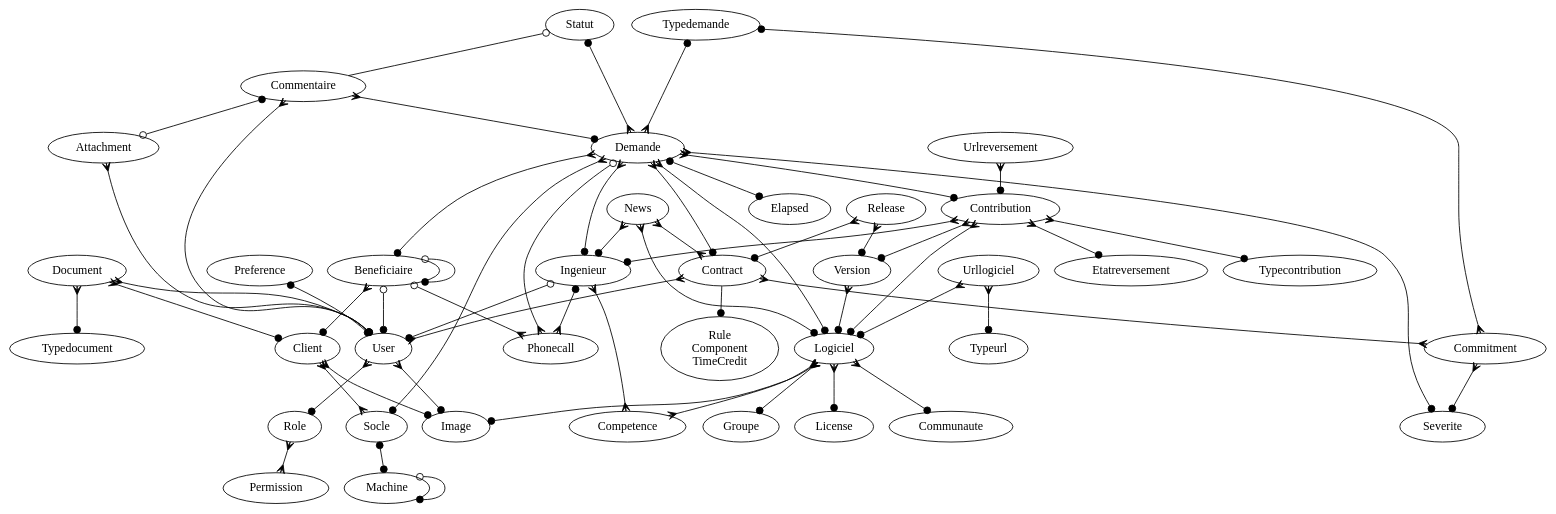
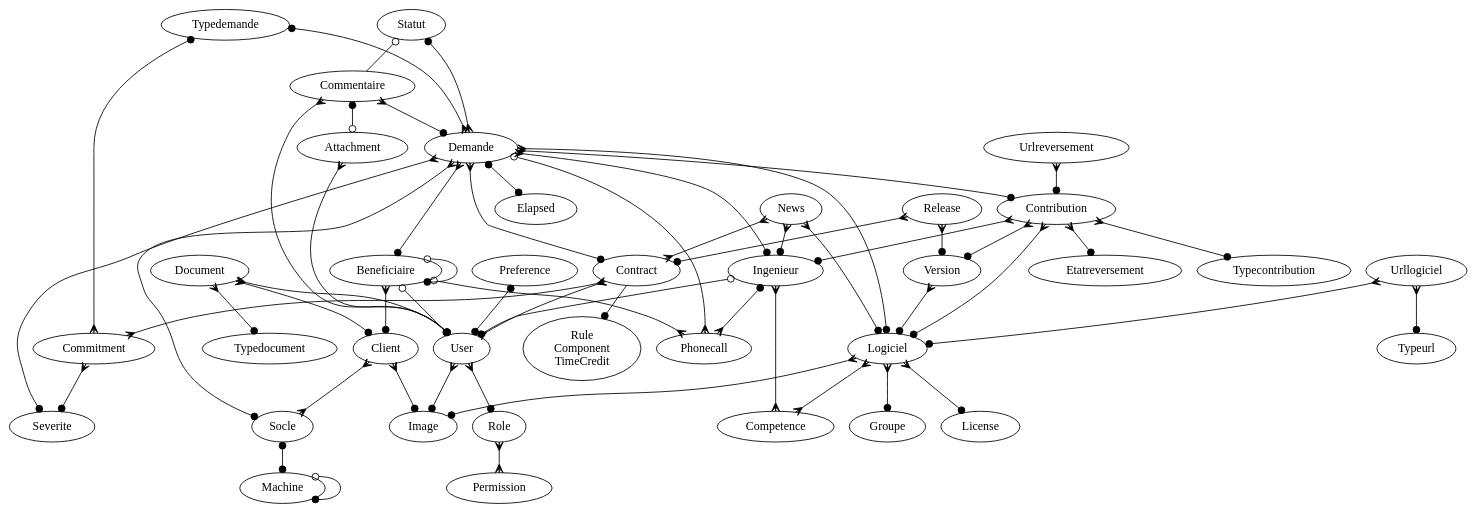
Before and after one commit to trivoallan/tosca: the diagram in doc/data_model.dot, drawn with Graphviz. The commit also changed 16 other files, not shown here.

```diff
--- a/doc/data_model.dot
+++ b/doc/data_model.dot
@@ -1,81 +1,80 @@
 digraph x {
 
 //rotate=90;
 {rank=min; Statut Typedemande Statut }
 
 Rule [label="Rule\nComponent\nTimeCredit"]
 
 Beneficiaire -> User [arrowhead=dot,arrowtail=odot,dir=both]
 Beneficiaire -> Phonecall [arrowhead=crow,arrowtail=odot,dir=both]
 Beneficiaire -> Client [arrowhead=dot,dir=both,arrowtail=crow]
 Beneficiaire -> Beneficiaire [arrowhead=dot,arrowtail=odot,dir=both]
 
 Client -> Image [arrowhead=dot,dir=both,arrowtail=crow]
 Client -> Socle [arrowhead=crow,dir=both,arrowtail=crow]
 
 Commentaire -> Demande [arrowhead=dot,dir=both,arrowtail=crow]
 Commentaire -> User [arrowhead=dot,dir=both,arrowtail=crow]
 Commentaire -> Attachment [arrowhead=odot,dir=both,arrowtail=dot]
 Commentaire -> Statut [arrowhead=odot]
 
 Contract -> User [arrowhead=crow,dir=both,arrowtail=crow]
 Contract -> Commitment [arrowhead=crow,arrowtail=crow,dir=both]
 Contract -> Rule [arrowhead=dot,arrowtail=crow]
 
 User -> Image [arrowhead=dot,dir=both,arrowtail=crow]
 User -> Role [arrowhead=dot,arrowtail=crow,dir=both]
 Ingenieur -> Competence [arrowhead=crow,arrowtail=crow,dir=both]
 Ingenieur -> User [arrowhead=dot,arrowtail=odot,dir=both]
 Ingenieur -> Phonecall [arrowhead=crow,dir=both,arrowtail=dot]
 
 News -> Ingenieur [arrowhead=dot,dir=both,arrowtail=crow]
 News -> Contract [arrowhead=crow,dir=both,arrowtail=crow]
 News -> Logiciel [arrowhead=dot,dir=both,arrowtail=crow]
 
 Demande -> Typedemande [arrowhead=dot,dir=both,arrowtail=crow]
 Demande -> Elapsed [arrowhead=dot,dir=both,arrowtail=dot]
 Demande -> Logiciel [arrowhead=dot,dir=both,arrowtail=crow]
 Demande -> Severite [arrowhead=dot,dir=both,arrowtail=crow]
 Demande -> Beneficiaire [arrowhead=dot,dir=both,arrowtail=crow]
 Demande -> Socle [arrowhead=dot,dir=both,arrowtail=crow]
 Demande -> Contribution [arrowhead=dot,dir=both,arrowtail=crow]
 Demande -> Contract [arrowhead=dot,dir=both,arrowtail=crow]
 Demande -> Statut [arrowhead=dot,dir=both,arrowtail=crow]
 Demande -> Ingenieur [arrowhead=dot,dir=both,arrowtail=crow]
 Demande -> Phonecall [arrowhead=crow,arrowtail=odot,dir=both]
 
 Logiciel -> Competence [arrowhead=crow,arrowtail=crow,dir=both]
 Logiciel -> License [arrowhead=dot,dir=both,arrowtail=crow]
-Logiciel -> Communaute [arrowhead=dot,dir=both,arrowtail=crow]
 Logiciel -> Groupe [arrowhead=dot,dir=both,arrowtail=crow]
 Logiciel -> Image [arrowhead=dot,dir=both,arrowtail=crow]
 
 
 Version -> Logiciel [arrowhead=dot,dir=both,arrowtail=crow]
 
 Release -> Contract [arrowhead=dot,dir=both,arrowtail=crow]
 Release -> Version [arrowhead=dot,dir=both,arrowtail=crow]
 
 
 Preference -> User [arrowhead=dot,arrowtail=dot,dir=both]
 Socle -> Machine [arrowhead=dot,dir=both,arrowtail=dot]
 Machine -> Machine [arrowhead=dot,dir=both,arrowtail=odot]
 Urllogiciel -> Logiciel [arrowhead=dot,dir=both,arrowtail=crow]
 Urllogiciel -> Typeurl [arrowhead=dot,dir=both,arrowtail=crow]
 Commitment -> Severite [arrowhead=dot,dir=both,arrowtail=crow]
 Commitment -> Typedemande [arrowhead=dot,dir=both,arrowtail=crow]
 Role -> Permission [arrowhead=crow,arrowtail=crow,dir=both]
 Urlreversement -> Contribution [arrowhead=dot,dir=both,arrowtail=crow]
 
 Contribution -> Etatreversement [arrowhead=dot,dir=both,arrowtail=crow]
 Contribution -> Typecontribution [arrowhead=dot,dir=both,arrowtail=crow]
 Contribution -> Logiciel [arrowhead=dot,dir=both,arrowtail=crow]
 Contribution -> Version [arrowhead=dot,arrowtail=crow,dir=both]
 Contribution -> Ingenieur [arrowhead=dot,dir=both,arrowtail=crow]
 Attachment -> User [arrowtail=crow,dir=both,arrowhead=dot]
 Document -> Client [arrowhead=dot,dir=both,arrowtail=crow]
 Document -> Typedocument [arrowhead=dot,dir=both,arrowtail=crow]
 Document -> User [arrowhead=dot,dir=both,arrowtail=crow]
 
 
 }
```
